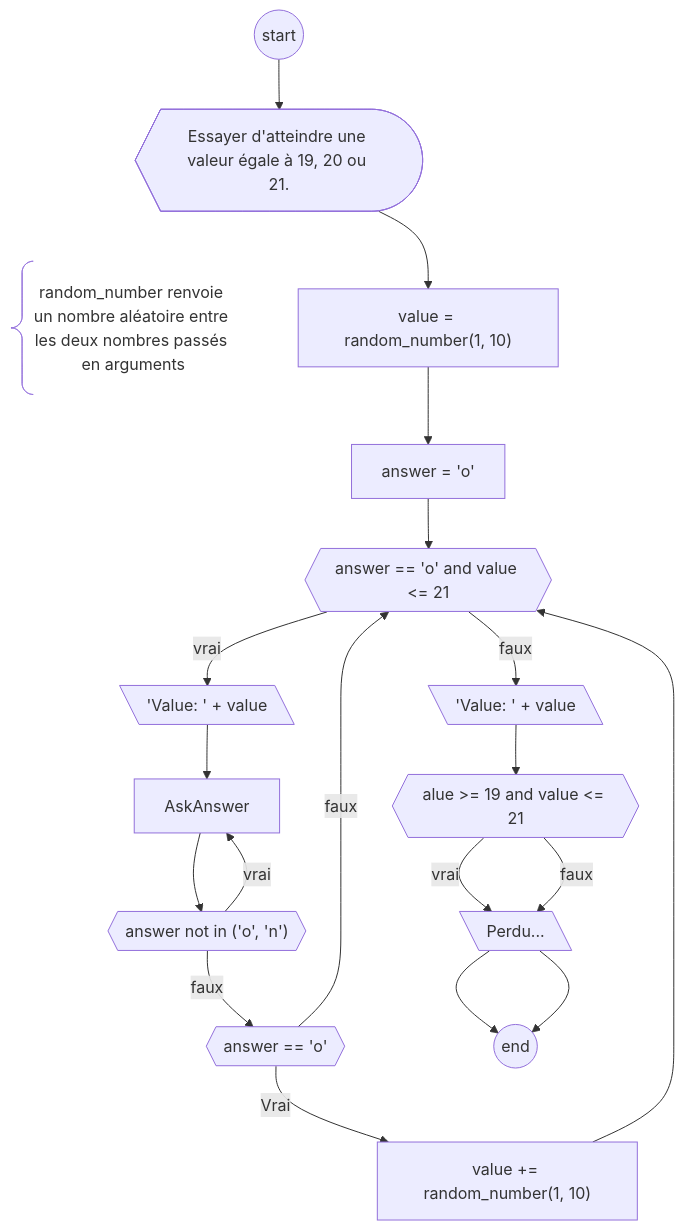
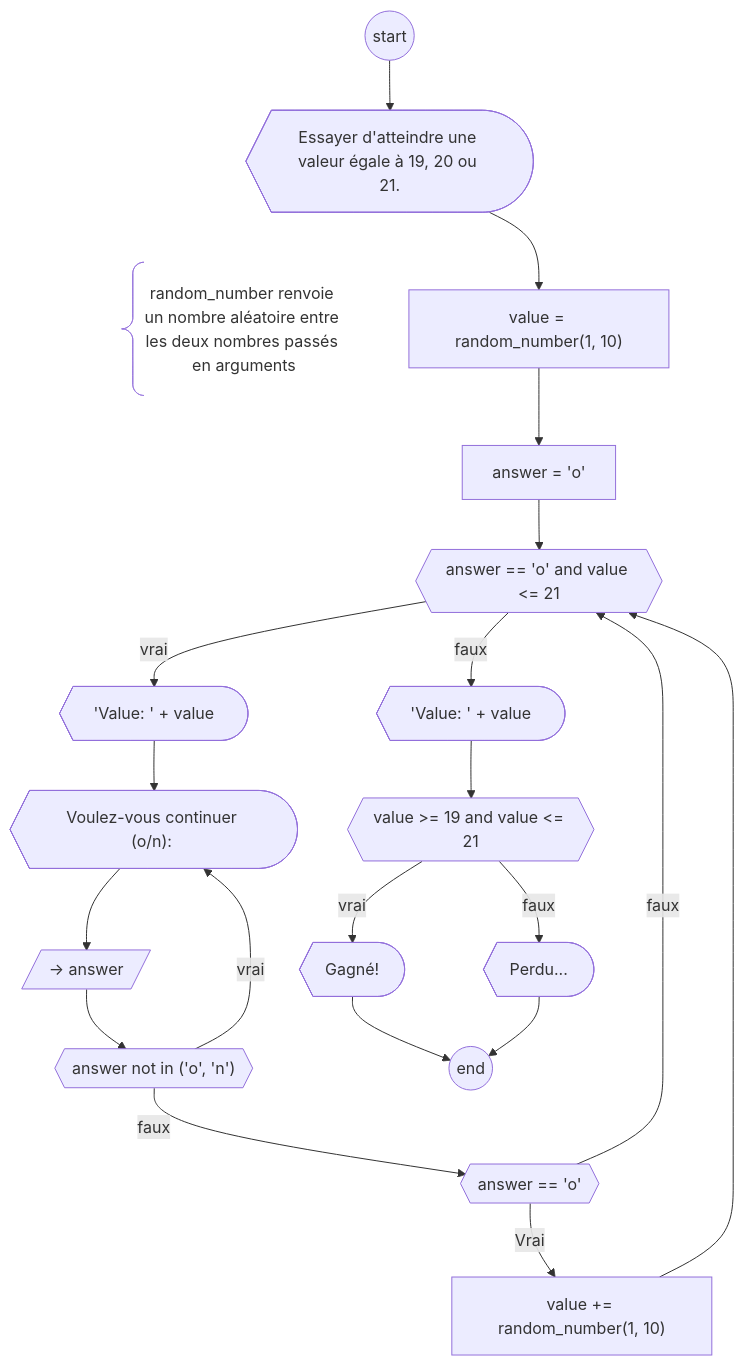
One commit to Team-Panoptes/classes changed the diagram in Team Panoptes Classes/UML/Exercices - Diagramme de flux.md. Above: the diagram before and after it, drawn with Mermaid. The commit also changed 5 other files, not shown here.

Commit message:
update classes diagram

````diff
--- a/Team Panoptes Classes/UML/Exercices - Diagramme de flux.md
+++ b/Team Panoptes Classes/UML/Exercices - Diagramme de flux.md
@@ -36,21 +36,21 @@
 ```mermaid
 flowchart TB
 S((start))-->
 Prompt@{ shape: curv-trap, label: "Essayer d'atteindre une valeur égale à 19, 20 ou 21." }
 Prompt ~~~ Comment@{ shape: comment, label: "random_number renvoie un nombre aléatoire entre les deux nombres passés en arguments"}
 Prompt --> InitValue["value = random_number(1, 10)"]
 InitValue --> InitAnswer["answer = 'o'"]
 InitAnswer --> While{{"answer == 'o' and value <= 21"}} 
-While -- vrai --> Print[\"'Value: ' + value"\]
-Print --> AskAnswer@{"Voulez-vous continuer (o/n): "}
-AskAnswer --> NotGood{{"answer not in ('o', 'n')"}}
+While -- vrai --> Print@{ shape: curv-trap, label: "'Value: ' + value"}
+Print --> AskAnswer@{ shape: curv-trap, label: "Voulez-vous continuer (o/n): "}
+AskAnswer --> GetAnswer[/"→ answer "/] --> NotGood{{"answer not in ('o', 'n')"}}
 NotGood -- vrai --> AskAnswer
 NotGood -- faux --> Continue{{answer == 'o'}}
 Continue -- Vrai --> AddValue["value += random_number(1, 10)"]
 AddValue --> While
 Continue -- faux --> While
-While -- faux --> Print2[\"'Value: ' + value"\]
-Print2 --> CheckValue{{"alue >= 19 and value <= 21"}}
-CheckValue -- vrai --> Win[\"Gagné!"\] --> E((end))
-CheckValue -- faux --> Win[\"Perdu..."\] --> E((end))
+While -- faux --> Print2@{ shape: curv-trap, label: "'Value: ' + value"}
+Print2 --> CheckValue{{"value >= 19 and value <= 21"}}
+CheckValue -- vrai --> Win@{ shape: curv-trap, label: "Gagné!"} --> E((end))
+CheckValue -- faux --> Lose@{ shape: curv-trap, label: "Perdu..."} --> E((end))
 ```
````
